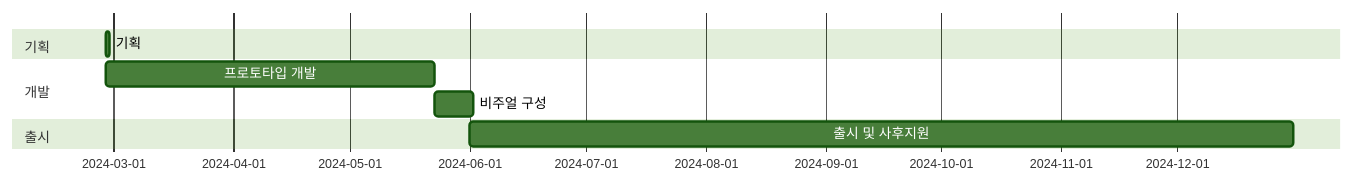
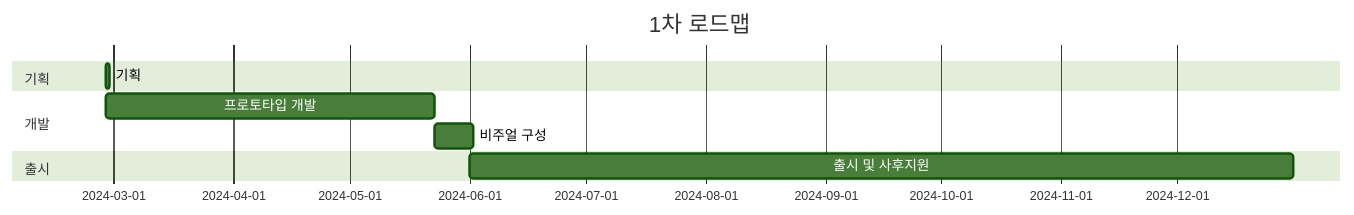
One commit to hyngng/hynrng.github.io changed the third of 3 diagrams in _posts/프로그래밍/마일스톤/2024-03-22-armonia-planning.md. Above: the diagram before and after it, drawn with Mermaid (forest theme). The commit also changed other lines of this file and 8 other files, not shown here.

````diff
--- a/_posts/프로그래밍/마일스톤/2024-03-22-armonia-planning.md
+++ b/_posts/프로그래밍/마일스톤/2024-03-22-armonia-planning.md
@@ -124,14 +124,16 @@
 ```mermaid
 gantt
+    title 1차 로드맵
+
     Section 기획
     기획 :a1, 2024-02-28, 1d
 
     Section 개발
     프로토타입 개발 :a2, 2024-02-28, 85d
     비주얼 구성: a3, 2024-05-23, 10d
 
     Section 출시
     출시 및 사후지원 :a4, 2024-06-01, 213d
 
     %% a2["프로토타입 완성"] : 초기 버전의 프로토타입을 개발하여 기능을 확인하고 테스트합니다.
 ```
````
